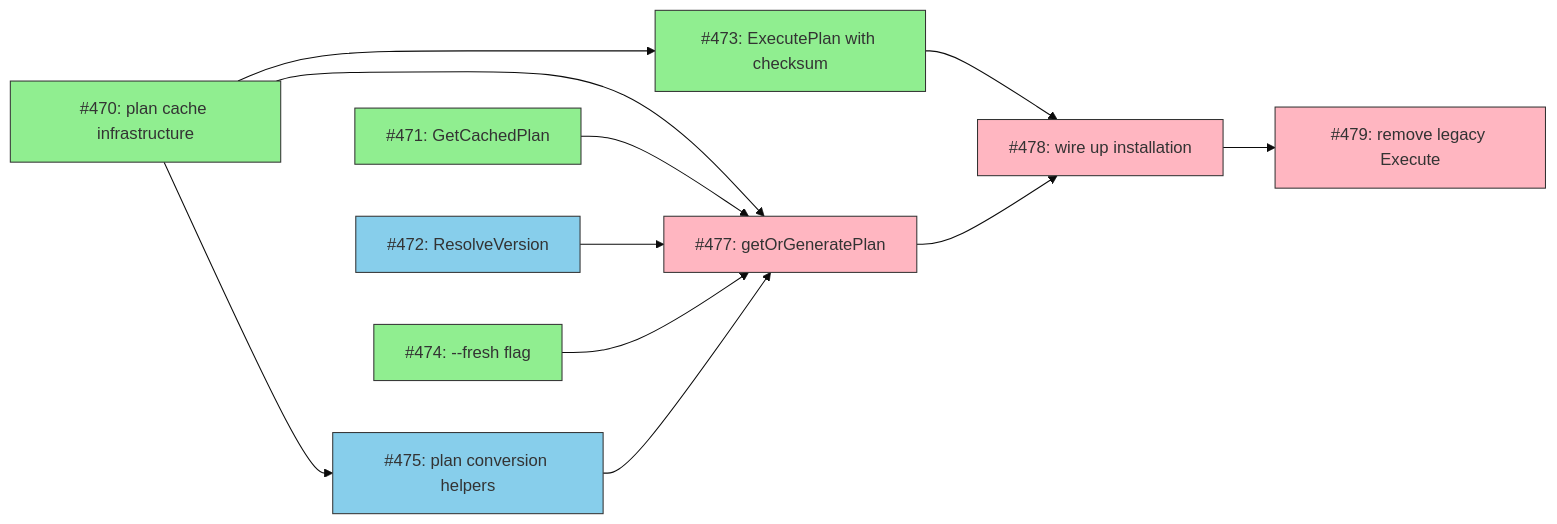
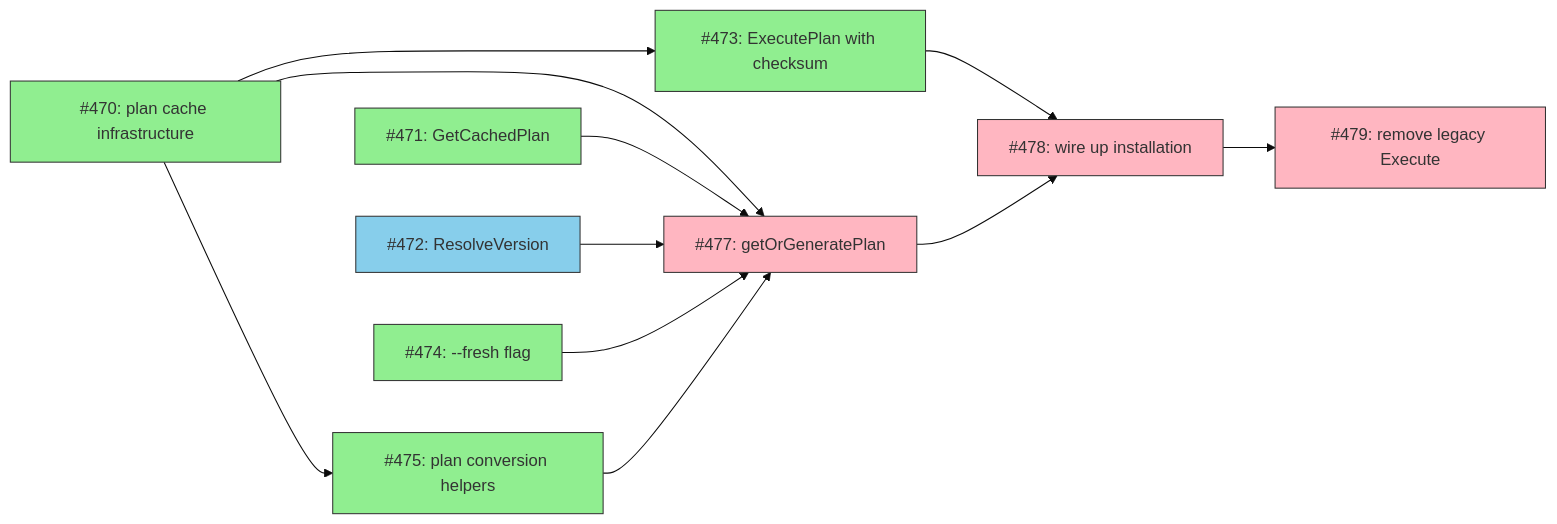
The diagram in docs/DESIGN-deterministic-execution.md (tsukumogami/tsuku), drawn with Mermaid (base theme) before and after one commit. The commit also changed 2 other files, not shown here.

Commit message:
feat(executor): add plan conversion helpers (#485)
## Summary
- Add bidirectional conversion between `executor.InstallationPlan` and
`install.Plan` for plan caching and reuse
- `ToStoragePlan`: converts executor plan to storage format for
state.json
- `FromStoragePlan`: converts stored plan back to executor format for
re-execution
- Preserves all metadata including checksums, deterministic flags,
platform info, and step parameters
- Include round-trip tests validating data preservation

Fixes #475

````diff
--- a/docs/DESIGN-deterministic-execution.md
+++ b/docs/DESIGN-deterministic-execution.md
@@ -27,17 +27,17 @@
 ```mermaid
 graph LR
     classDef done fill:#90EE90,stroke:#333
     classDef ready fill:#87CEEB,stroke:#333
     classDef blocked fill:#FFB6C1,stroke:#333
 
     I470[#470: plan cache infrastructure]:::done --> I473[#473: ExecutePlan with checksum]:::done
-    I470 --> I475[#475: plan conversion helpers]:::ready
+    I470 --> I475[#475: plan conversion helpers]:::done
     I470 --> I477[#477: getOrGeneratePlan]:::blocked
     I471[#471: GetCachedPlan]:::done --> I477
     I472[#472: ResolveVersion]:::ready --> I477
     I474[#474: --fresh flag]:::done --> I477
     I475 --> I477
     I473 --> I478[#478: wire up installation]:::blocked
     I477 --> I478
     I478 --> I479[#479: remove legacy Execute]:::blocked
 ```
````
